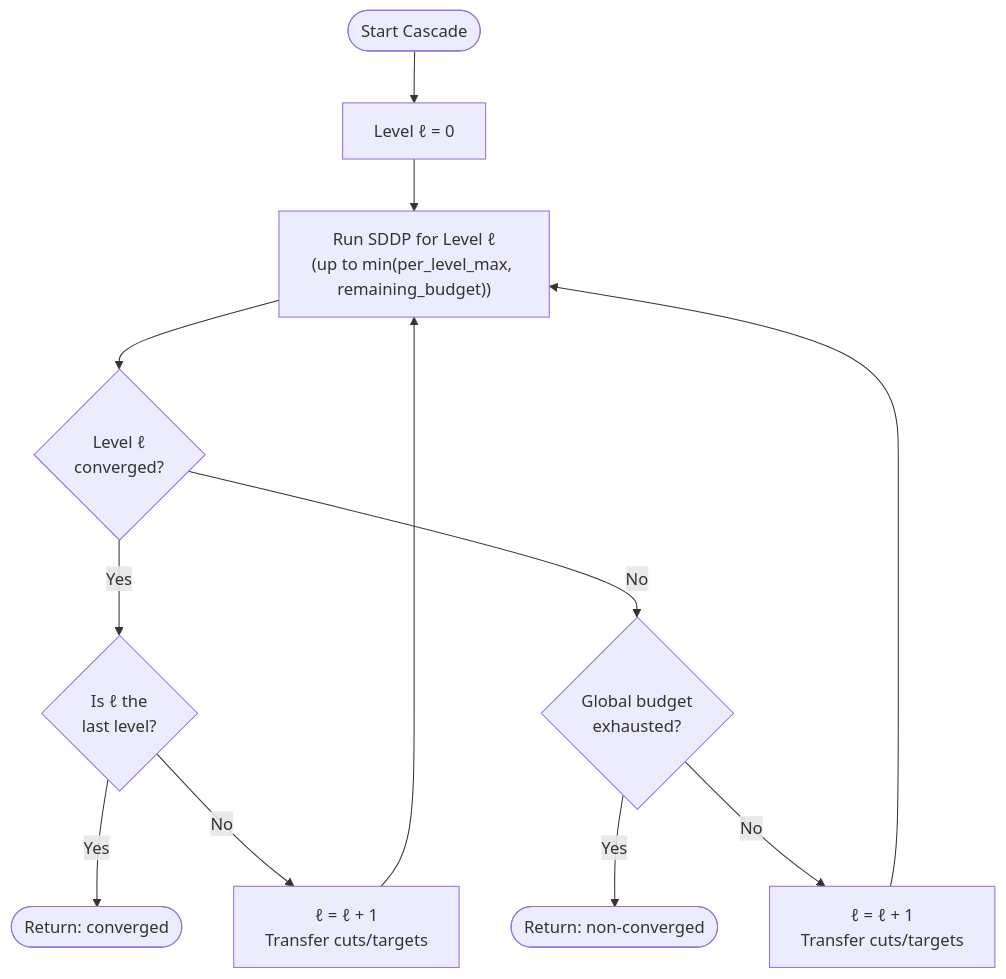
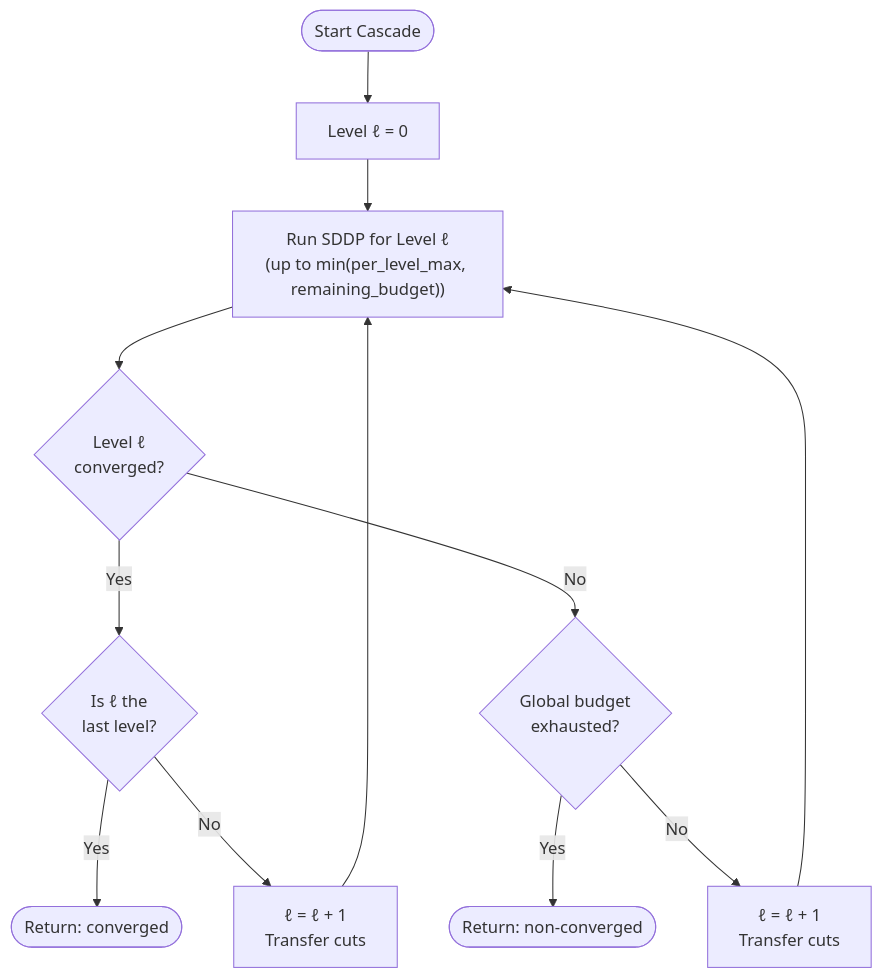
One commit to marcelomatus/gtopt changed the third of 3 diagrams in docs/methods/cascade.md. Above: the diagram before and after it, drawn with Mermaid. The commit also changed other lines of this file and 37 other files, not shown here.

````diff
--- a/docs/methods/cascade.md
+++ b/docs/methods/cascade.md
@@ -691,14 +576,14 @@
 ```mermaid
 flowchart TD
     Start([Start Cascade]) --> L["Level ℓ = 0"]
     L --> Solve["Run SDDP for Level ℓ<br/>(up to min(per_level_max, remaining_budget))"]
     Solve --> Conv{"Level ℓ<br/>converged?"}
     Conv -->|Yes| Last{"Is ℓ the<br/>last level?"}
     Conv -->|No| Budget{"Global budget<br/>exhausted?"}
     Last -->|Yes| Done([Return: converged])
-    Last -->|No| Next["ℓ = ℓ + 1<br/>Transfer cuts/targets"]
+    Last -->|No| Next["ℓ = ℓ + 1<br/>Transfer cuts"]
     Next --> Solve
     Budget -->|Yes| Stop([Return: non-converged])
-    Budget -->|No| Next2["ℓ = ℓ + 1<br/>Transfer cuts/targets"]
+    Budget -->|No| Next2["ℓ = ℓ + 1<br/>Transfer cuts"]
     Next2 --> Solve
 ```
````
